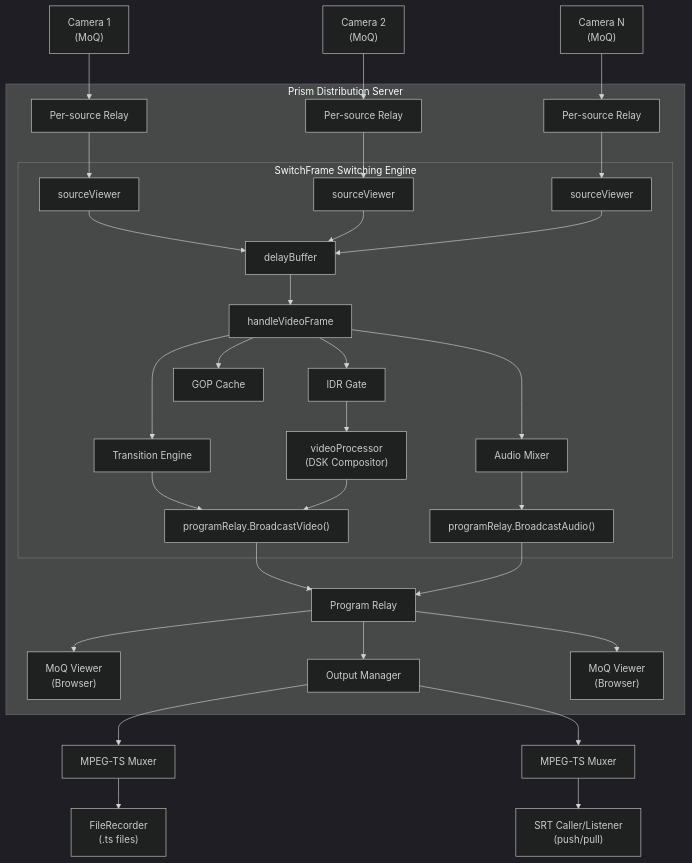
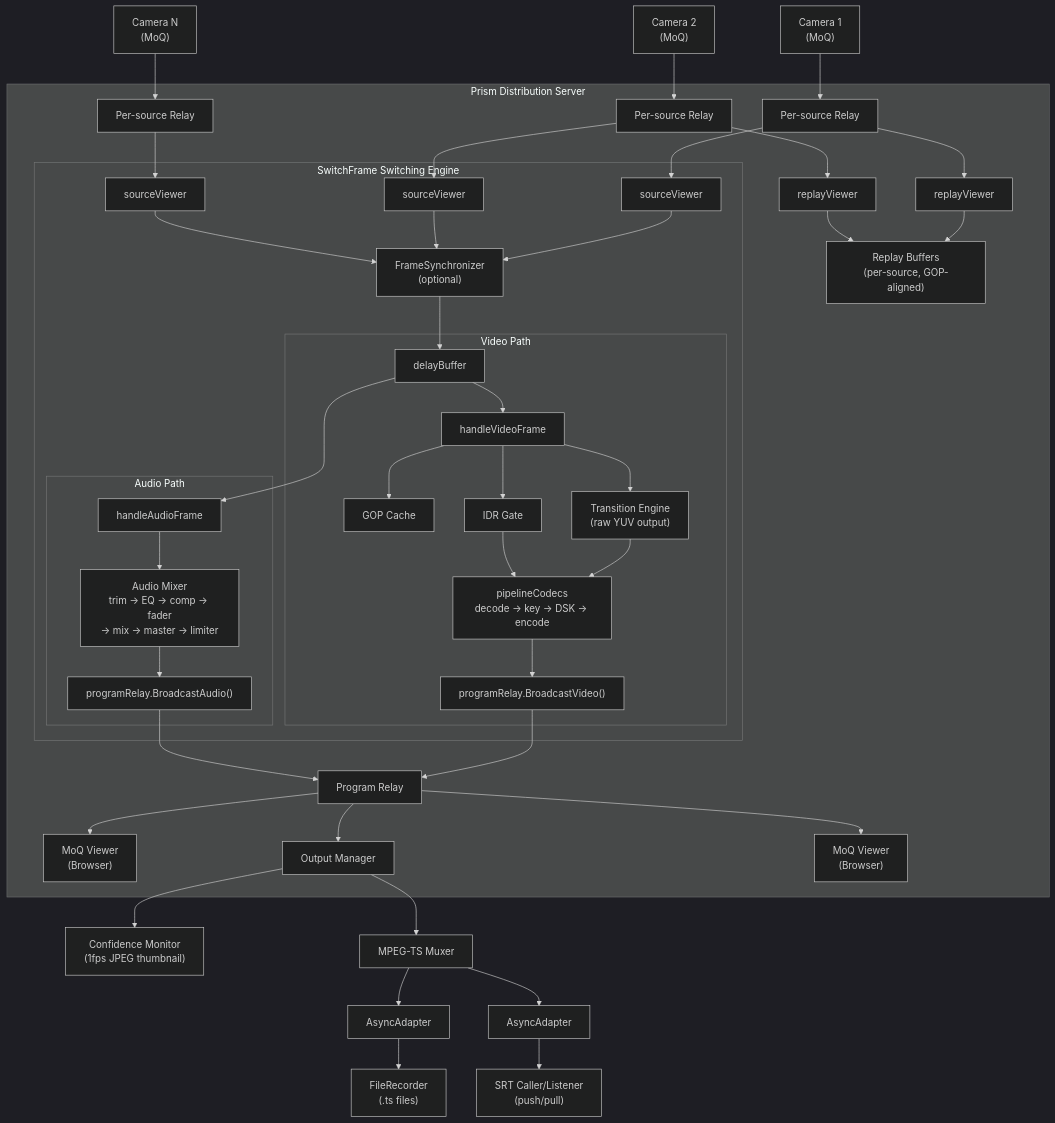
Before and after one commit to zsiec/switchframe: the first of 22 diagrams in docs/architecture.md, drawn with Mermaid (dark theme). The commit also changed other lines of this file and 3 other files, not shown here.

First line of the commit message:
Docs: add source position, stinger & YUV pipeline

````diff
--- a/docs/architecture.md
+++ b/docs/architecture.md
@@ -21,39 +21,51 @@
 ```mermaid
 graph TD
     cam1["Camera 1<br/>(MoQ)"] --> relay1["Per-source Relay"]
     cam2["Camera 2<br/>(MoQ)"] --> relay2["Per-source Relay"]
     camN["Camera N<br/>(MoQ)"] --> relayN["Per-source Relay"]
 
     subgraph prism["Prism Distribution Server"]
         relay1 --> sv1["sourceViewer"]
         relay2 --> sv2["sourceViewer"]
         relayN --> svN["sourceViewer"]
+        relay1 --> rv1["replayViewer"]
+        relay2 --> rv2["replayViewer"]
+        rv1 --> rb["Replay Buffers<br/>(per-source, GOP-aligned)"]
+        rv2 --> rb
 
         subgraph engine["SwitchFrame Switching Engine"]
-            sv1 --> delay["delayBuffer"]
-            sv2 --> delay
-            svN --> delay
-            delay --> hvf["handleVideoFrame"]
-            hvf --> idr["IDR Gate"]
-            hvf --> te["Transition Engine"]
-            hvf --> gc["GOP Cache"]
-            hvf --> am["Audio Mixer"]
-            idr --> vp["videoProcessor<br/>(DSK Compositor)"]
-            te --> bv["programRelay.BroadcastVideo()"]
-            vp --> bv
-            am --> ba["programRelay.BroadcastAudio()"]
+            sv1 --> fs["FrameSynchronizer<br/>(optional)"]
+            sv2 --> fs
+            svN --> fs
+            fs --> delay["delayBuffer"]
+
+            subgraph video["Video Path"]
+                delay --> hvf["handleVideoFrame"]
+                hvf --> gc["GOP Cache"]
+                hvf --> te["Transition Engine<br/>(raw YUV output)"]
+                hvf --> idr["IDR Gate"]
+                te --> pipeline["pipelineCodecs<br/>decode → key → DSK → encode"]
+                idr --> pipeline
+                pipeline --> bv["programRelay.BroadcastVideo()"]
+            end
+
+            subgraph audio["Audio Path"]
+                delay --> haf["handleAudioFrame"]
+                haf --> am["Audio Mixer<br/>trim → EQ → comp → fader<br/>→ mix → master → limiter"]
+                am --> ba["programRelay.BroadcastAudio()"]
+            end
         end
 
         bv --> pr["Program Relay"]
         ba --> pr
 
         pr --> browser1["MoQ Viewer<br/>(Browser)"]
         pr --> om["Output Manager"]
         pr --> browser2["MoQ Viewer<br/>(Browser)"]
     end
 
-    om --> mux1["MPEG-TS Muxer"]
-    om --> mux2["MPEG-TS Muxer"]
-    mux1 --> rec["FileRecorder<br/>(.ts files)"]
-    mux2 --> srt["SRT Caller/Listener<br/>(push/pull)"]
+    om --> conf["Confidence Monitor<br/>(1fps JPEG thumbnail)"]
+    om --> mux["MPEG-TS Muxer"]
+    mux --> aa1["AsyncAdapter"] --> rec["FileRecorder<br/>(.ts files)"]
+    mux --> aa2["AsyncAdapter"] --> srt["SRT Caller/Listener<br/>(push/pull)"]
 ```
````
